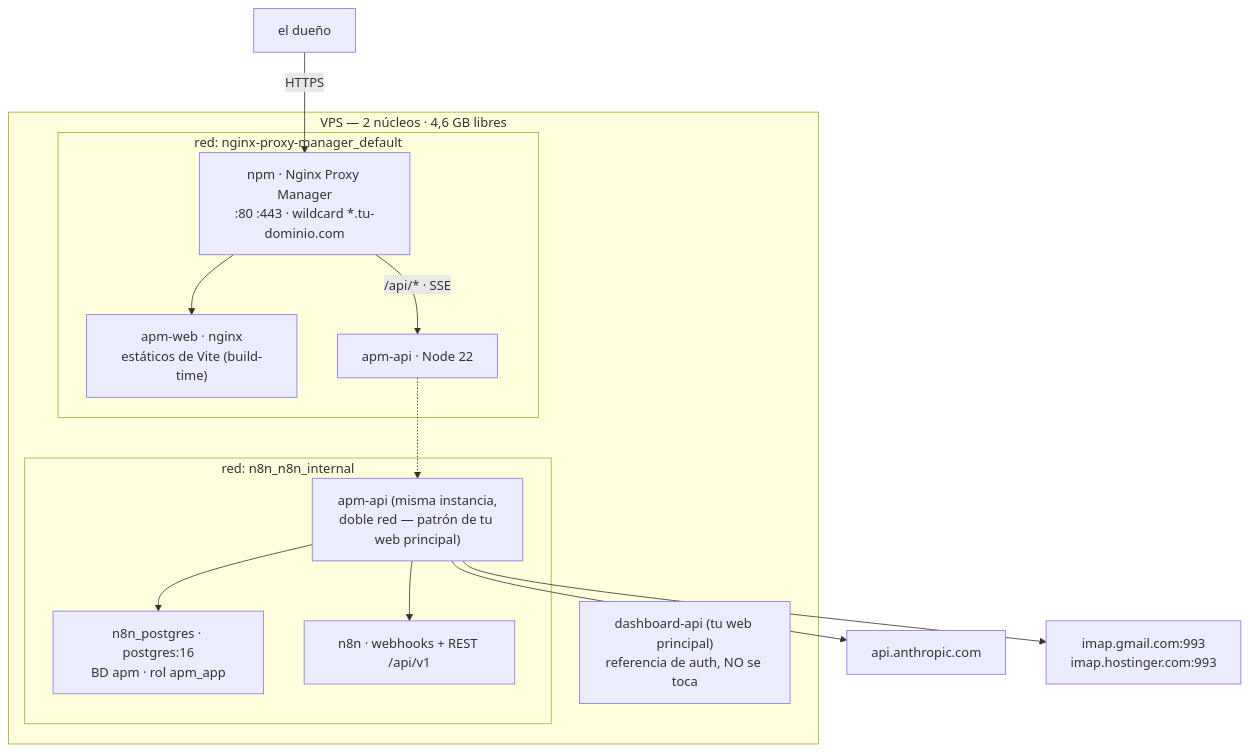
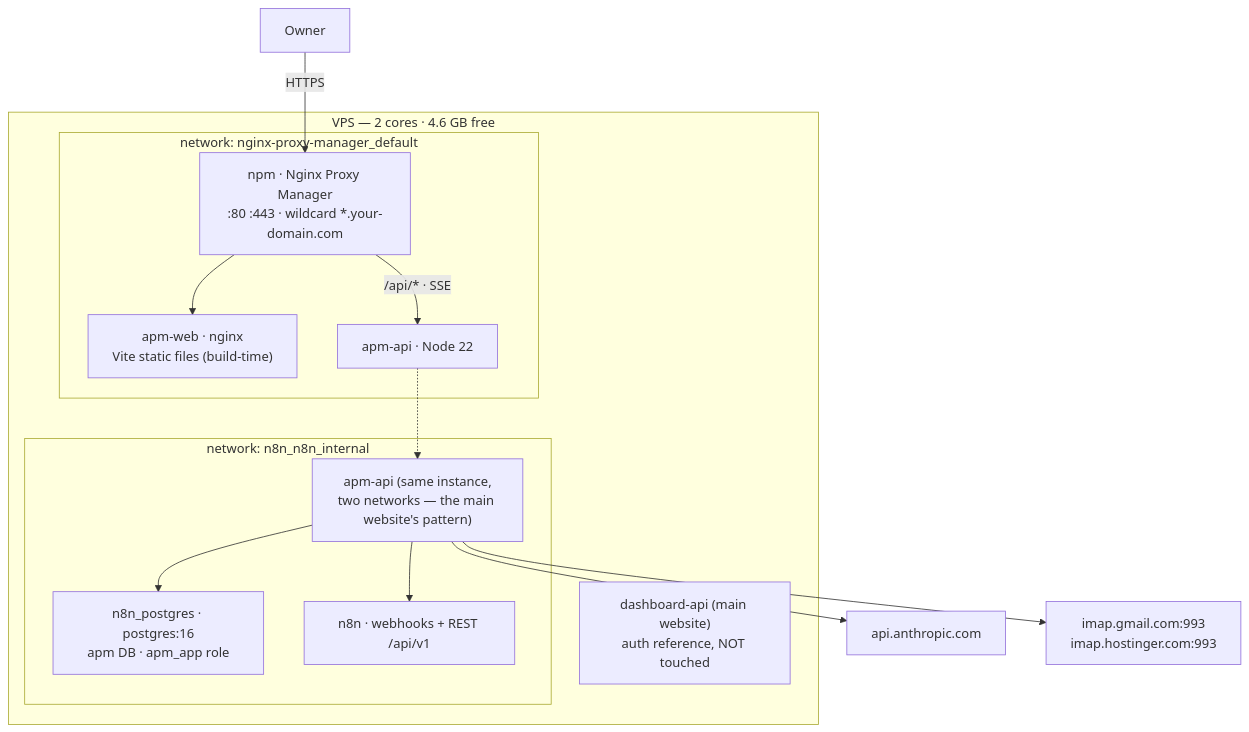
One commit to RosaritoRD/centro-de-mando changed the first of 2 diagrams in docs/ARCHITECTURE.md. Above: the diagram before and after it, drawn with Mermaid. The commit also changed other lines of this file and 79 other files, not shown here.

Commit message:
English everywhere: bilingual web panel (EN/ES, follows the browser), API messages, comments, docs and research reports

````diff
--- a/docs/ARCHITECTURE.md
+++ b/docs/ARCHITECTURE.md
@@ -13,26 +13,26 @@
 ```mermaid
 flowchart TB
-    subgraph host["VPS — 2 núcleos · 4,6 GB libres"]
-        subgraph proxynet["red: nginx-proxy-manager_default"]
-            NPM["npm · Nginx Proxy Manager<br/>:80 :443 · wildcard *.tu-dominio.com"]
-            WEB["apm-web · nginx<br/>estáticos de Vite (build-time)"]
+    subgraph host["VPS — 2 cores · 4.6 GB free"]
+        subgraph proxynet["network: nginx-proxy-manager_default"]
+            NPM["npm · Nginx Proxy Manager<br/>:80 :443 · wildcard *.your-domain.com"]
+            WEB["apm-web · nginx<br/>Vite static files (build-time)"]
             API1["apm-api · Node 22"]
         end
-        subgraph n8nnet["red: n8n_n8n_internal"]
-            API2["apm-api (misma instancia,<br/>doble red — patrón de tu web principal)"]
-            PG["n8n_postgres · postgres:16<br/>BD apm · rol apm_app"]
+        subgraph n8nnet["network: n8n_n8n_internal"]
+            API2["apm-api (same instance,<br/>two networks — the main website's pattern)"]
+            PG["n8n_postgres · postgres:16<br/>apm DB · apm_app role"]
             N8N["n8n · webhooks + REST /api/v1"]
         end
-        DASH["dashboard-api (tu web principal)<br/>referencia de auth, NO se toca"]
+        DASH["dashboard-api (main website)<br/>auth reference, NOT touched"]
     end
 
-    U["el dueño"] -->|HTTPS| NPM
+    U["Owner"] -->|HTTPS| NPM
     NPM --> WEB
     NPM -->|"/api/*  ·  SSE"| API1
     API2 --> PG
     API2 --> N8N
     API2 --> ANTH["api.anthropic.com"]
     API2 --> IMAP["imap.gmail.com:993<br/>imap.hostinger.com:993"]
 
     API1 -.-> API2
 ```
````
